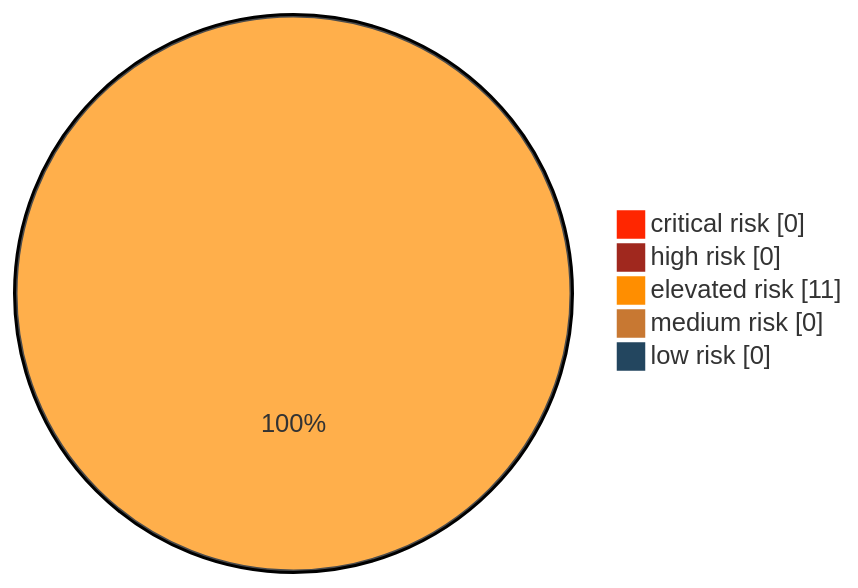
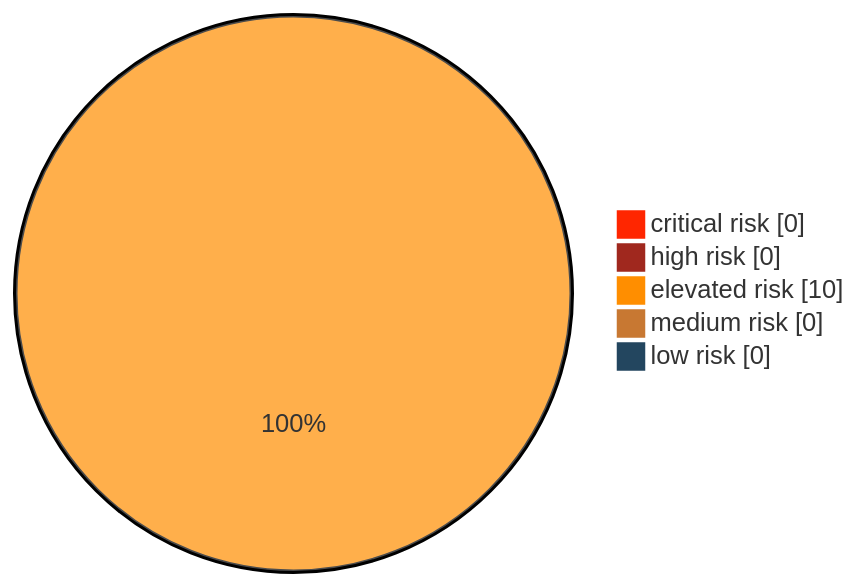
One commit to Luv1881/Threat-model changed the first of 2 diagrams in threagile/output/vast/adocReport/010_ManagementSummary.adoc. Above: the diagram before and after it, drawn with Mermaid. The commit also changed other lines of this file and 312 other files, not shown here.

```diff
--- a/threagile/output/vast/adocReport/010_ManagementSummary.adoc
+++ b/threagile/output/vast/adocReport/010_ManagementSummary.adoc
@@ -23,10 +23,10 @@
 [mermaid]
 ....
 %%{init: {'pie' : {'textPosition' : 0.5}, 'theme': 'base', 'themeVariables': { 'pie1': '#FF2600', 'pie2': '#A0281E', 'pie3': '#FF8E00', 'pie4': '#C87832', 'pie5': '#23465F'}}}%%
 pie showData
   "critical risk" : 0
   "high risk" : 0
-  "elevated risk" : 11
+  "elevated risk" : 10
   "medium risk" : 0
   "low risk" : 0
 ....
```
